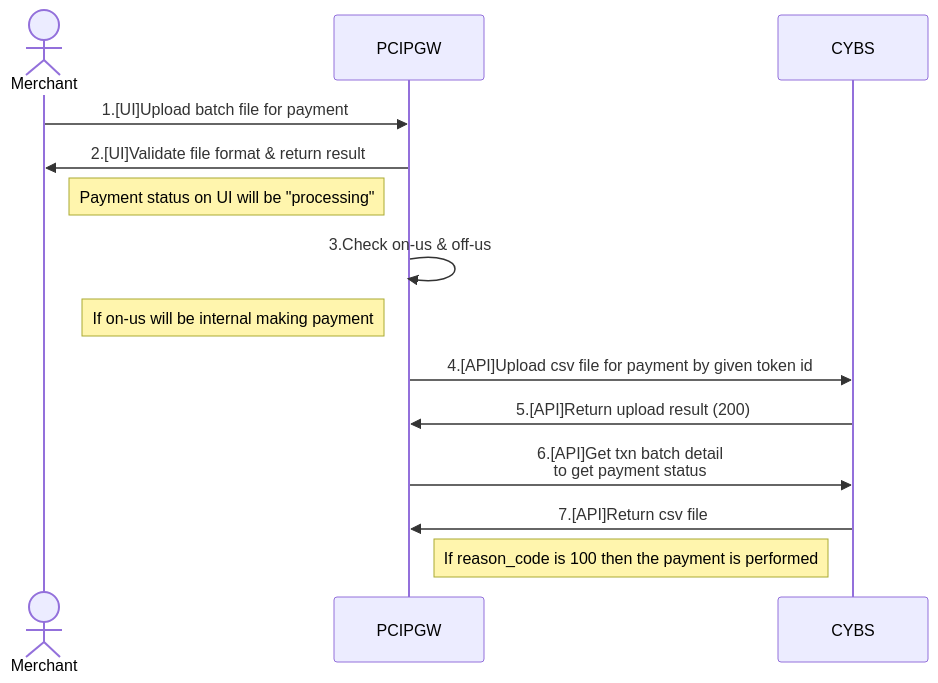
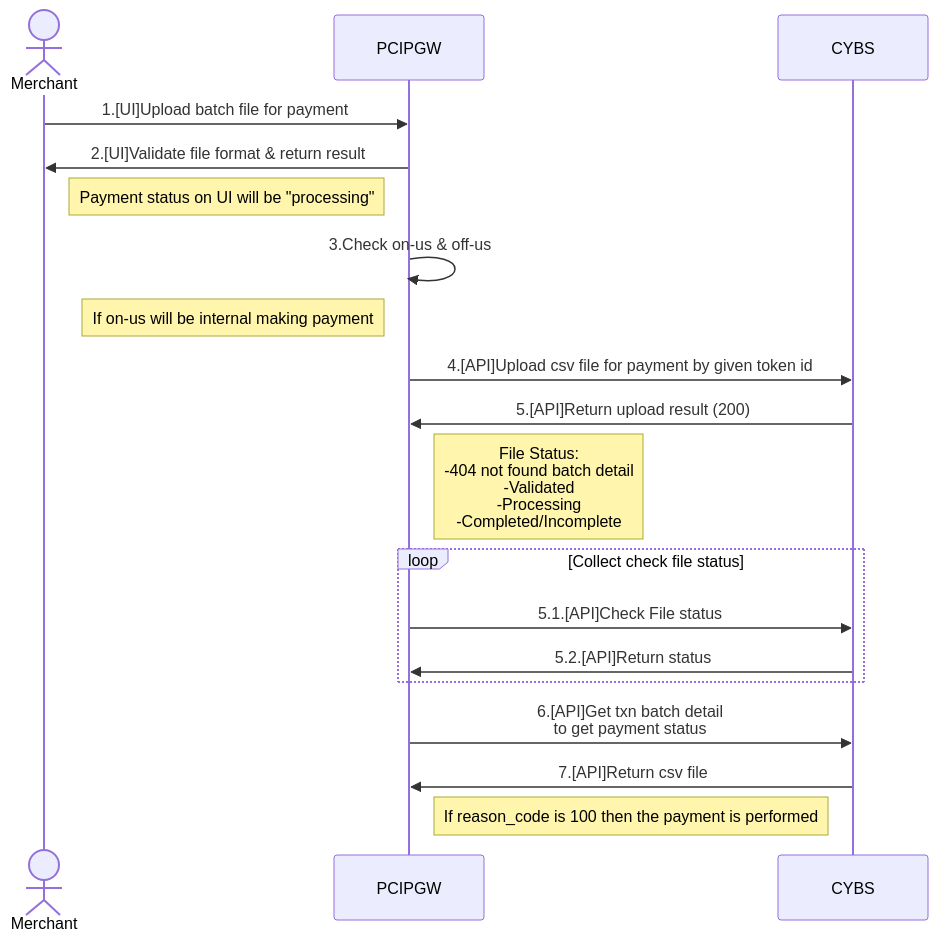
One commit to yuusuke25/MyNotes changed the second of 2 diagrams in CybsFlow.md. Above: the diagram before and after it, drawn with Mermaid. The commit also changed other lines of this file, not shown here.

Commit message:
Update get file status flow

````diff
--- a/CybsFlow.md
+++ b/CybsFlow.md
@@ -25,16 +30,21 @@
 ```mermaid
     sequenceDiagram
         Actor Merchant
         participant PCIPGW
         participant CYBS
         Merchant->>PCIPGW: 1.[UI]Upload batch file for payment
         PCIPGW->>Merchant: 2.[UI]Validate file format & return result
         Note left of PCIPGW: Payment status on UI will be "processing"
         PCIPGW->>PCIPGW: 3.Check on-us & off-us
         Note left of PCIPGW: If on-us will be internal making payment
         PCIPGW->>CYBS: 4.[API]Upload csv file for payment by given token id
         CYBS->>PCIPGW: 5.[API]Return upload result (200)
+        Note right of PCIPGW: File Status:<br> -404 not found batch detail<br> -Validated<br> -Processing<br> -Completed/Incomplete
+        Loop Collect check file status
+            PCIPGW->>CYBS: 5.1.[API]Check File status
+            CYBS->>PCIPGW: 5.2.[API]Return status
+        end
         PCIPGW->>CYBS: 6.[API]Get txn batch detail<br>to get payment status
         CYBS->>PCIPGW: 7.[API]Return csv file
         Note right of PCIPGW: If reason_code is 100 then the payment is performed
 ```
````
